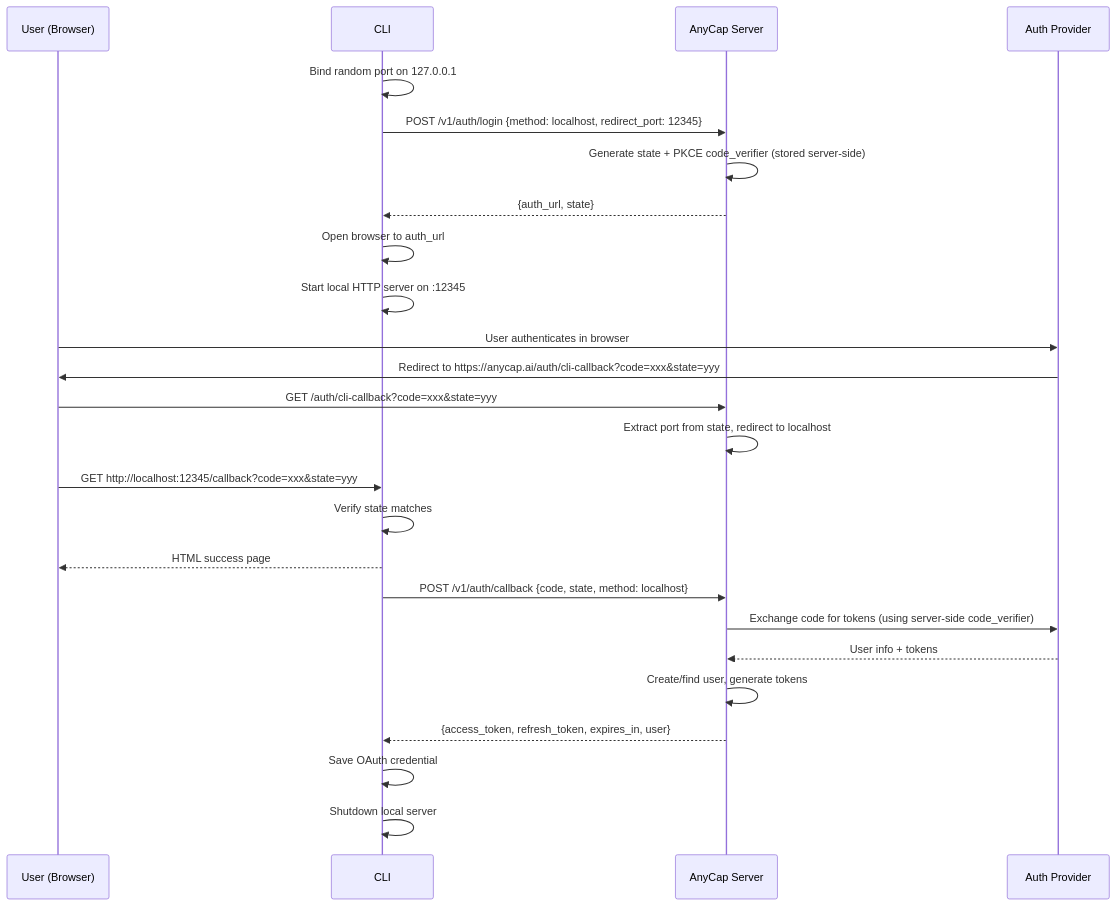
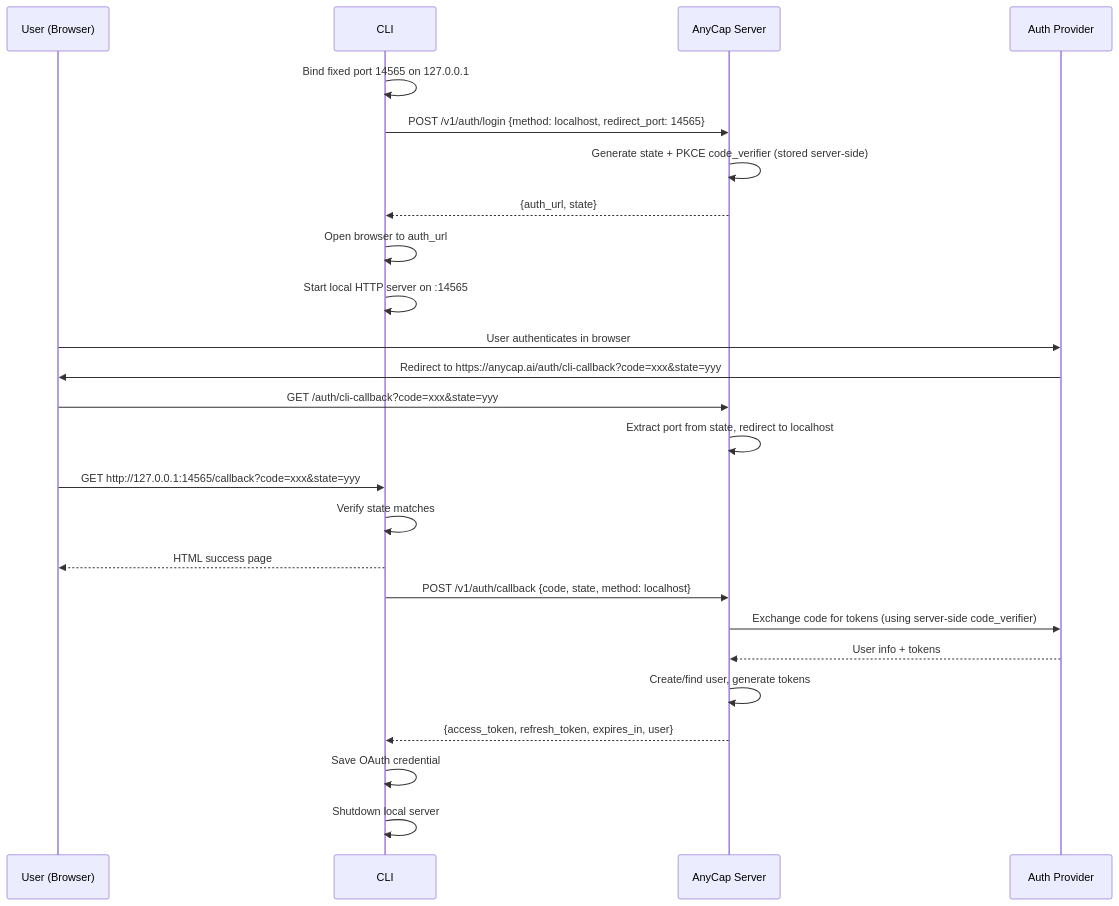
One commit to anycap-ai/anycap changed the third of 6 diagrams in docs/cli/spec/oauth.md. Above: the diagram before and after it, drawn with Mermaid. The commit also changed other lines of this file and 5 other files, not shown here.

Commit message:
fix: enable login status and stabilize localhost callback

````diff
--- a/docs/cli/spec/oauth.md
+++ b/docs/cli/spec/oauth.md
@@ -239,33 +239,33 @@
 ```mermaid
 sequenceDiagram
     participant U as User (Browser)
     participant C as CLI
     participant S as AnyCap Server
     participant A as Auth Provider
 
-    C->>C: Bind random port on 127.0.0.1
-    C->>S: POST /v1/auth/login {method: localhost, redirect_port: 12345}
+    C->>C: Bind fixed port 14565 on 127.0.0.1
+    C->>S: POST /v1/auth/login {method: localhost, redirect_port: 14565}
     S->>S: Generate state + PKCE code_verifier (stored server-side)
     S-->>C: {auth_url, state}
 
     C->>C: Open browser to auth_url
-    C->>C: Start local HTTP server on :12345
+    C->>C: Start local HTTP server on :14565
 
     U->>A: User authenticates in browser
     A->>U: Redirect to https://anycap.ai/auth/cli-callback?code=xxx&state=yyy
     U->>S: GET /auth/cli-callback?code=xxx&state=yyy
     S->>S: Extract port from state, redirect to localhost
-    U->>C: GET http://localhost:12345/callback?code=xxx&state=yyy
+    U->>C: GET http://127.0.0.1:14565/callback?code=xxx&state=yyy
 
     C->>C: Verify state matches
     C-->>U: HTML success page
 
     C->>S: POST /v1/auth/callback {code, state, method: localhost}
     S->>A: Exchange code for tokens (using server-side code_verifier)
     A-->>S: User info + tokens
     S->>S: Create/find user, generate tokens
     S-->>C: {access_token, refresh_token, expires_in, user}
 
     C->>C: Save OAuth credential
     C->>C: Shutdown local server
 ```
````
